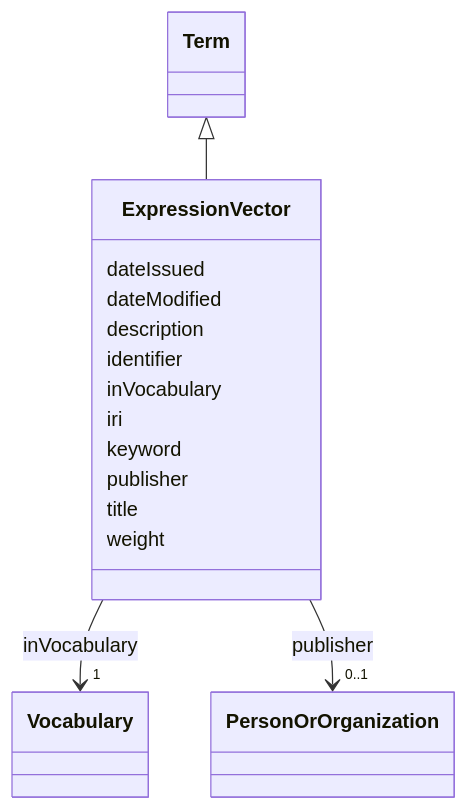
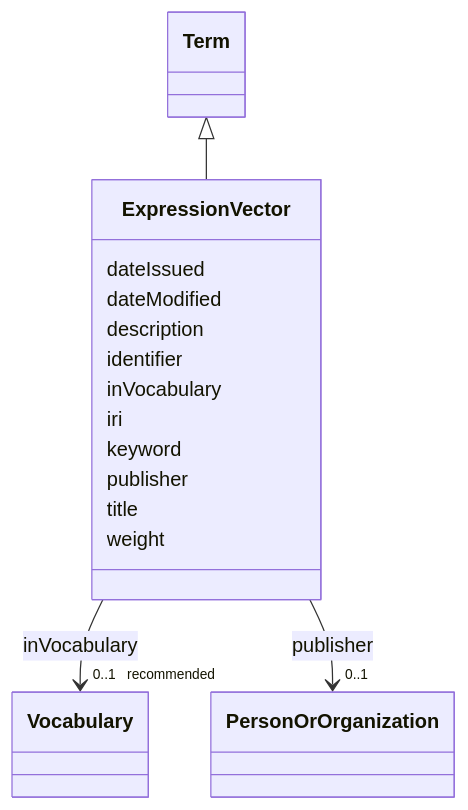
Before and after one commit to EVORA-project/evora-ontology: the diagram in models/docs/ExpressionVector.md, drawn with Mermaid. The commit also changed other lines of this file and 307 other files, not shown here.

````diff
--- a/models/docs/ExpressionVector.md
+++ b/models/docs/ExpressionVector.md
@@ -19,43 +19,43 @@
 ```mermaid
  classDiagram
     class ExpressionVector
     click ExpressionVector href "../ExpressionVector"
       Term <|-- ExpressionVector
         click Term href "../Term"
       
       ExpressionVector : dateIssued
         
       ExpressionVector : dateModified
         
       ExpressionVector : description
         
       ExpressionVector : identifier
         
       ExpressionVector : inVocabulary
         
           
     
     
-    ExpressionVector --> "1" Vocabulary : inVocabulary
+    ExpressionVector --> "0..1 _recommended_" Vocabulary : inVocabulary
     click Vocabulary href "../Vocabulary"
 
         
       ExpressionVector : iri
         
       ExpressionVector : keyword
         
       ExpressionVector : publisher
         
           
     
     
     ExpressionVector --> "0..1" PersonOrOrganization : publisher
     click PersonOrOrganization href "../PersonOrOrganization"
 
         
       ExpressionVector : title
         
       ExpressionVector : weight
         
       
 ```
````
